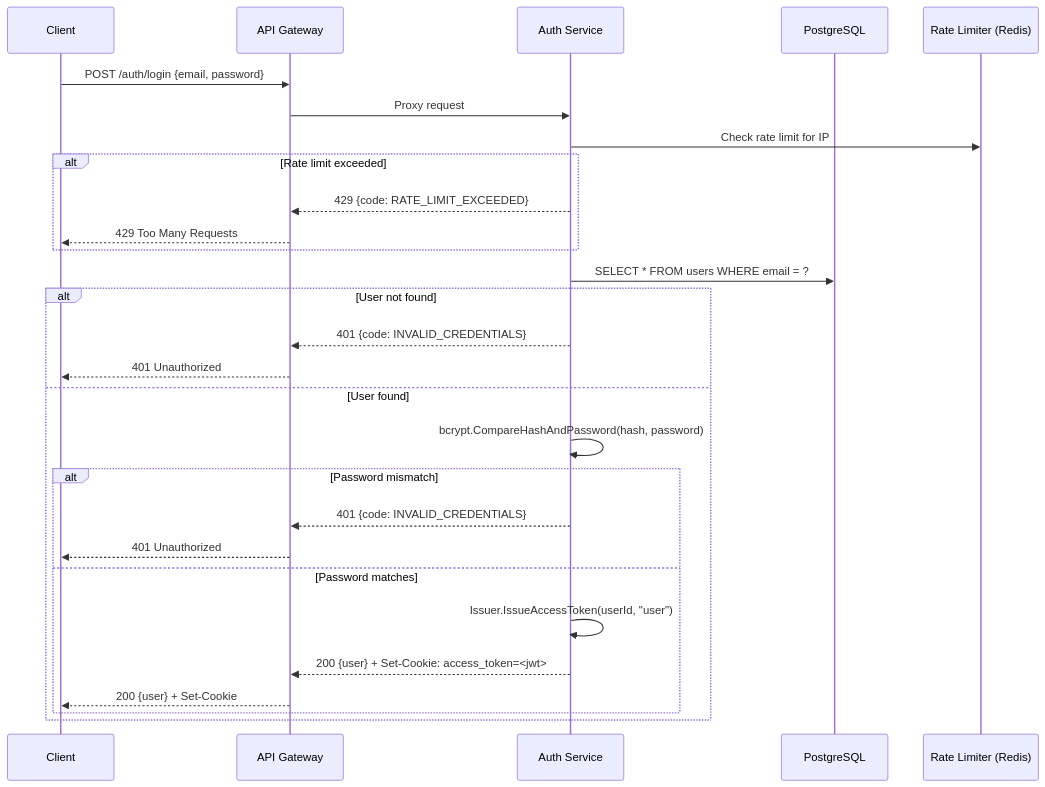
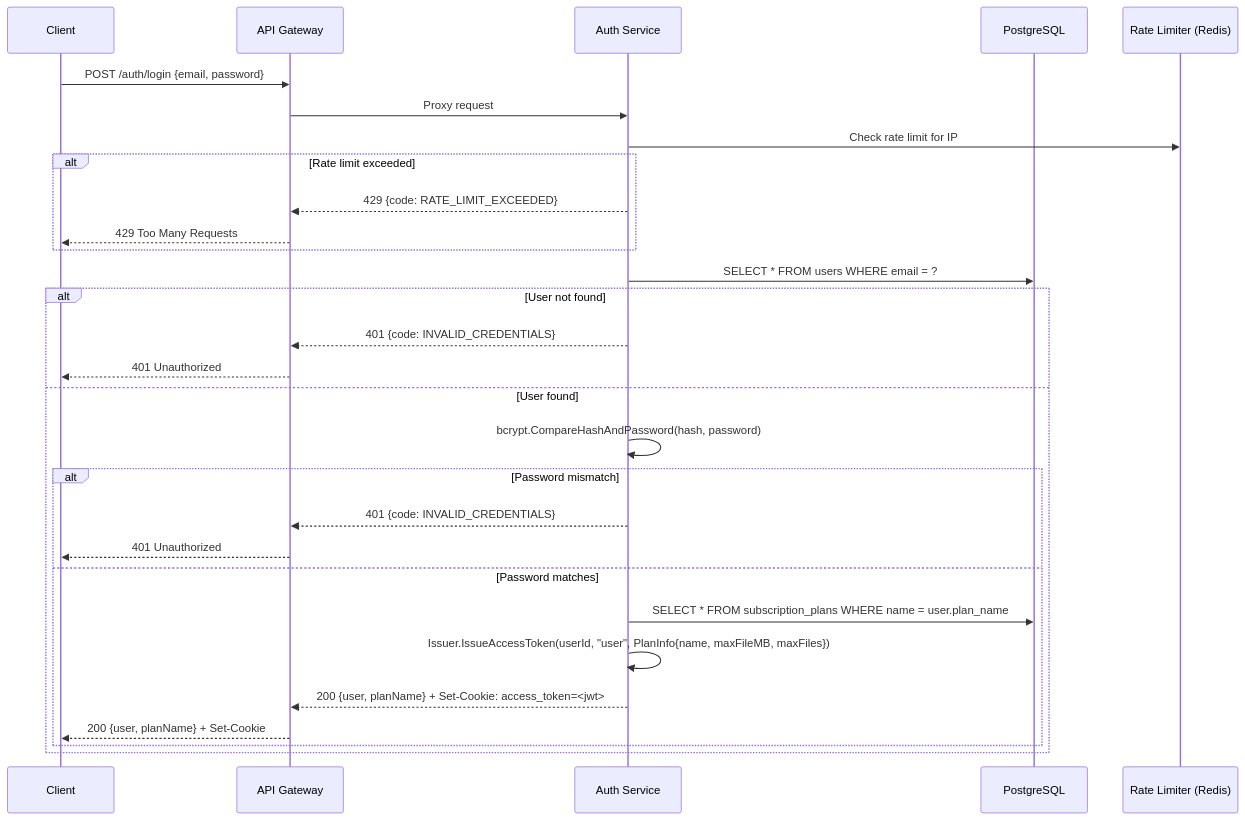
One commit to Prachidubey2003/fyredocs_backend changed the second of 4 diagrams in docs/services/AUTH_SERVICE.md. Above: the diagram before and after it, drawn with Mermaid. The commit also changed other lines of this file and 67 other files, not shown here.

First line of the commit message:
Consolidate upload into job-service and add plan limits to JWT/gateway

````diff
--- a/docs/services/AUTH_SERVICE.md
+++ b/docs/services/AUTH_SERVICE.md
@@ -176,33 +191,34 @@
 ```mermaid
 sequenceDiagram
     participant C as Client
     participant GW as API Gateway
     participant AS as Auth Service
     participant DB as PostgreSQL
     participant RL as Rate Limiter (Redis)
 
     C->>GW: POST /auth/login {email, password}
     GW->>AS: Proxy request
 
     AS->>RL: Check rate limit for IP
     alt Rate limit exceeded
         AS-->>GW: 429 {code: RATE_LIMIT_EXCEEDED}
         GW-->>C: 429 Too Many Requests
     end
 
     AS->>DB: SELECT * FROM users WHERE email = ?
     alt User not found
         AS-->>GW: 401 {code: INVALID_CREDENTIALS}
         GW-->>C: 401 Unauthorized
     else User found
         AS->>AS: bcrypt.CompareHashAndPassword(hash, password)
         alt Password mismatch
             AS-->>GW: 401 {code: INVALID_CREDENTIALS}
             GW-->>C: 401 Unauthorized
         else Password matches
-            AS->>AS: Issuer.IssueAccessToken(userId, "user")
-            AS-->>GW: 200 {user} + Set-Cookie: access_token=<jwt>
-            GW-->>C: 200 {user} + Set-Cookie
+            AS->>DB: SELECT * FROM subscription_plans WHERE name = user.plan_name
+            AS->>AS: Issuer.IssueAccessToken(userId, "user", PlanInfo{name, maxFileMB, maxFiles})
+            AS-->>GW: 200 {user, planName} + Set-Cookie: access_token=<jwt>
+            GW-->>C: 200 {user, planName} + Set-Cookie
         end
     end
 ```
````
